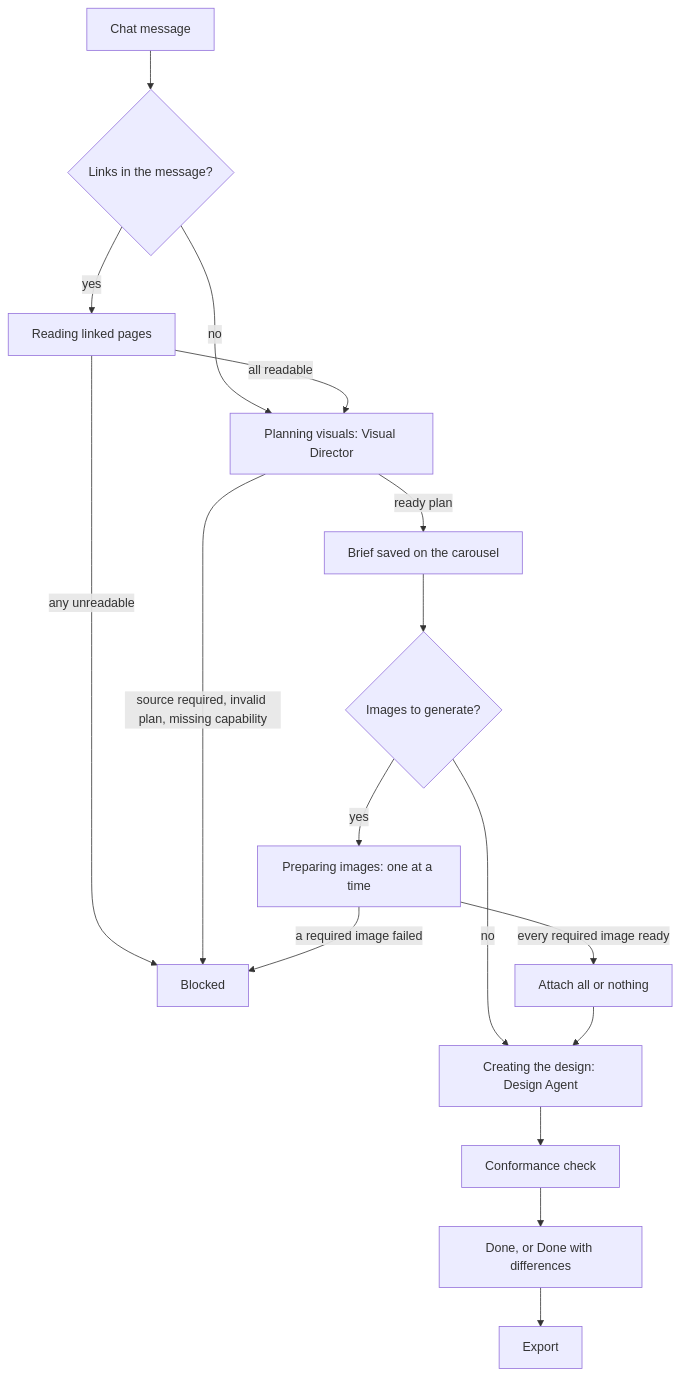
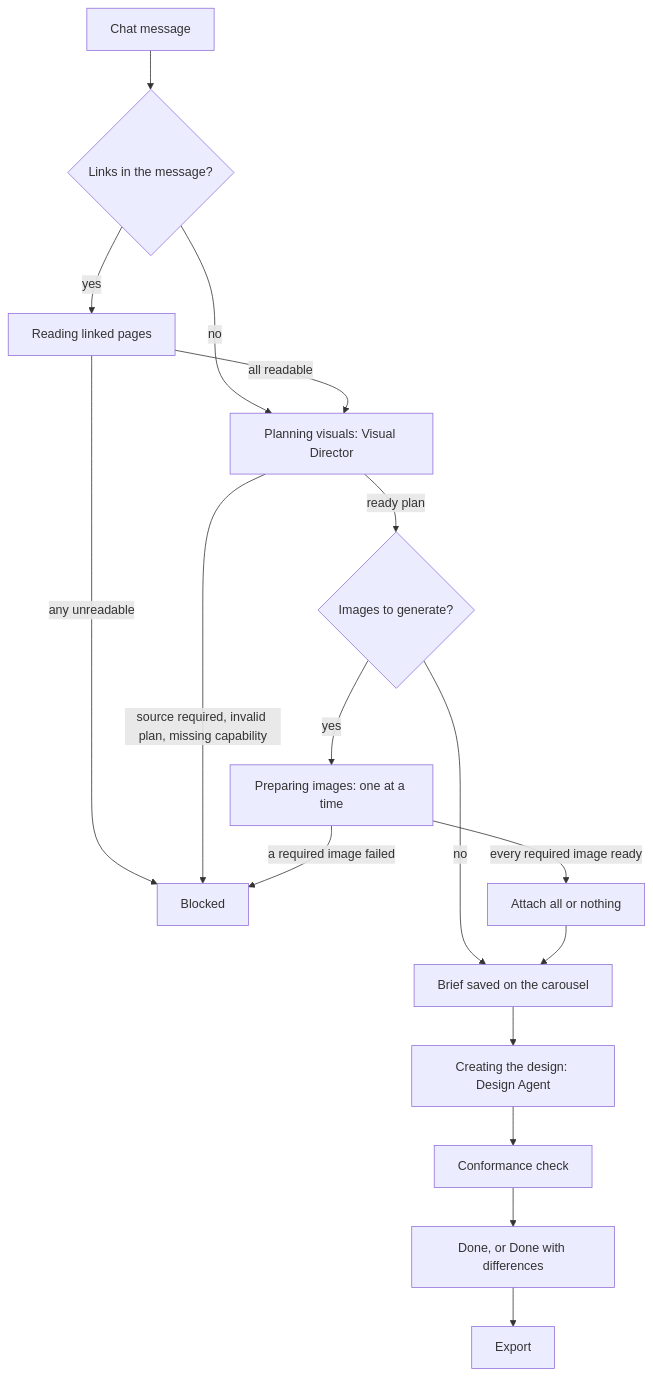
Before and after one commit to mk-global/creatorbrio: the first of 3 diagrams in docs/architecture/creative-workflow.md, drawn with Mermaid. The commit also changed other lines of this file and 5 other files, not shown here.

First line of the commit message:
fix: save the Creative Brief only when a run goes on to design

````diff
--- a/docs/architecture/creative-workflow.md
+++ b/docs/architecture/creative-workflow.md
@@ -21,19 +21,19 @@
 ```mermaid
 flowchart TD
     M[Chat message] --> L{Links in the message?}
     L -- yes --> S[Reading linked pages]
     L -- no --> P
     S -- all readable --> P[Planning visuals: Visual Director]
     S -- any unreadable --> B[Blocked]
-    P -- ready plan --> K[Brief saved on the carousel]
+    P -- ready plan --> I{Images to generate?}
     P -- source required, invalid plan, missing capability --> B
-    K --> I{Images to generate?}
     I -- yes --> G[Preparing images: one at a time]
-    I -- no --> D
+    I -- no --> K
     G -- every required image ready --> A[Attach all or nothing]
     G -- a required image failed --> B
-    A --> D[Creating the design: Design Agent]
+    A --> K[Brief saved on the carousel]
+    K --> D[Creating the design: Design Agent]
     D --> C[Conformance check]
     C --> E[Done, or Done with differences]
     E --> X[Export]
 ```
````
